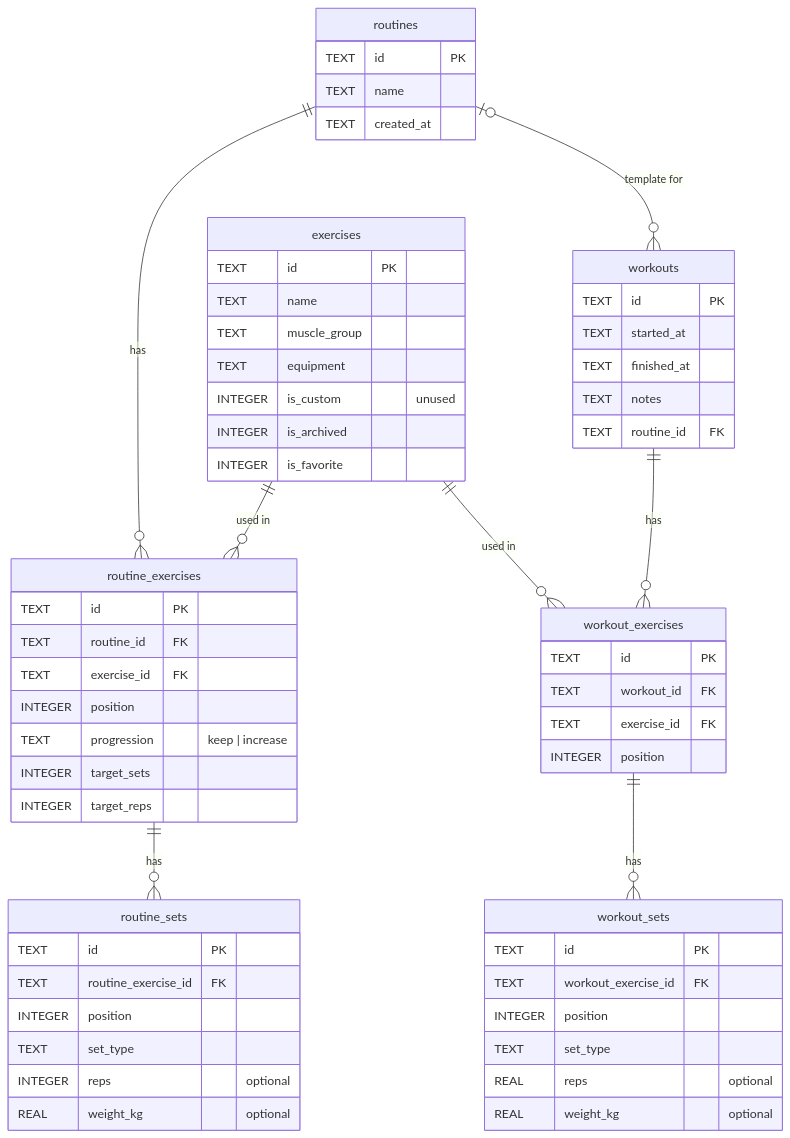
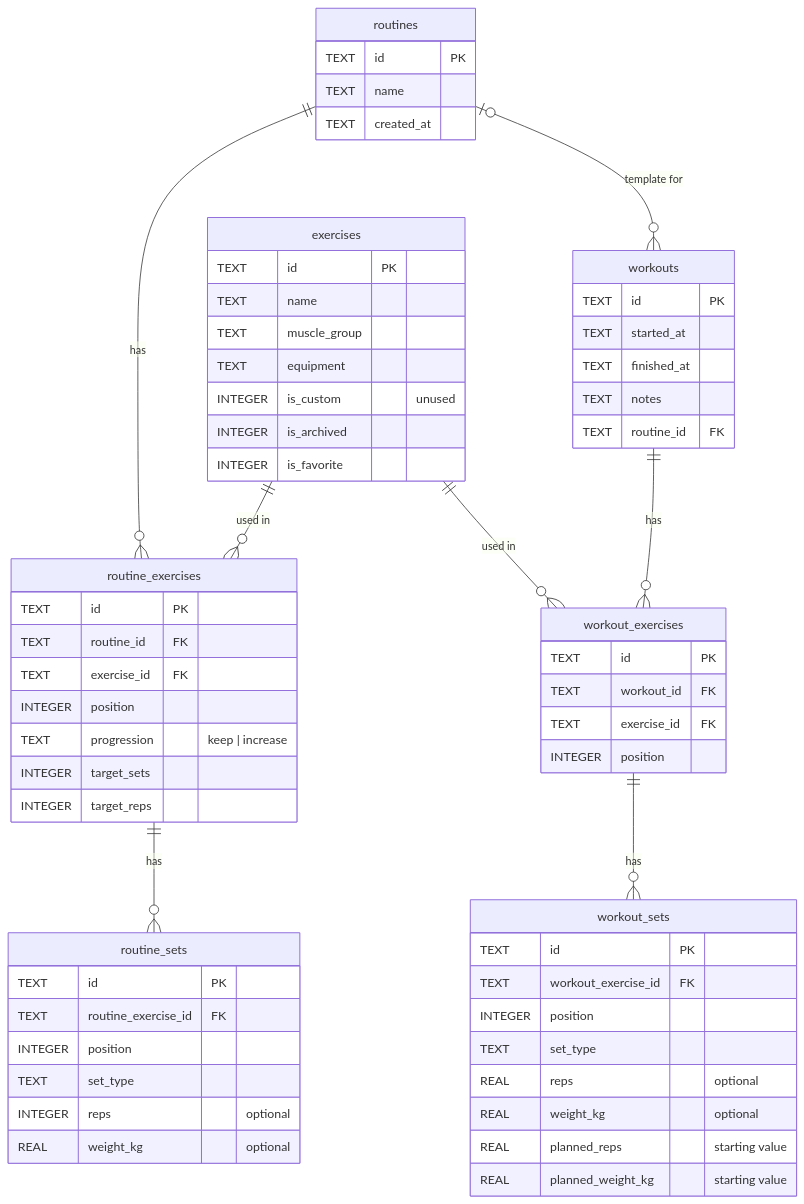
The first of 2 diagrams in README.md (ABorges2003/GymLog), drawn with Mermaid before and after one commit. The commit also changed other lines of this file and 33 other files, not shown here.

````diff
--- a/README.md
+++ b/README.md
@@ -103,63 +103,65 @@
 ```mermaid
 erDiagram
     routines ||--o{ routine_exercises : "has"
     routine_exercises ||--o{ routine_sets : "has"
     routines |o--o{ workouts : "template for"
     exercises ||--o{ routine_exercises : "used in"
     exercises ||--o{ workout_exercises : "used in"
     workouts ||--o{ workout_exercises : "has"
     workout_exercises ||--o{ workout_sets : "has"
 
     routines {
         TEXT id PK
         TEXT name
         TEXT created_at
     }
     routine_exercises {
         TEXT id PK
         TEXT routine_id FK
         TEXT exercise_id FK
         INTEGER position
         TEXT progression "keep | increase"
         INTEGER target_sets
         INTEGER target_reps
     }
     routine_sets {
         TEXT id PK
         TEXT routine_exercise_id FK
         INTEGER position
         TEXT set_type
         INTEGER reps "optional"
         REAL weight_kg "optional"
     }
     exercises {
         TEXT id PK
         TEXT name
         TEXT muscle_group
         TEXT equipment
         INTEGER is_custom "unused"
         INTEGER is_archived
         INTEGER is_favorite
     }
     workouts {
         TEXT id PK
         TEXT started_at
         TEXT finished_at
         TEXT notes
         TEXT routine_id FK
     }
     workout_exercises {
         TEXT id PK
         TEXT workout_id FK
         TEXT exercise_id FK
         INTEGER position
     }
     workout_sets {
         TEXT id PK
         TEXT workout_exercise_id FK
         INTEGER position
         TEXT set_type
         REAL reps "optional"
         REAL weight_kg "optional"
+        REAL planned_reps "starting value"
+        REAL planned_weight_kg "starting value"
     }
 ```
````
